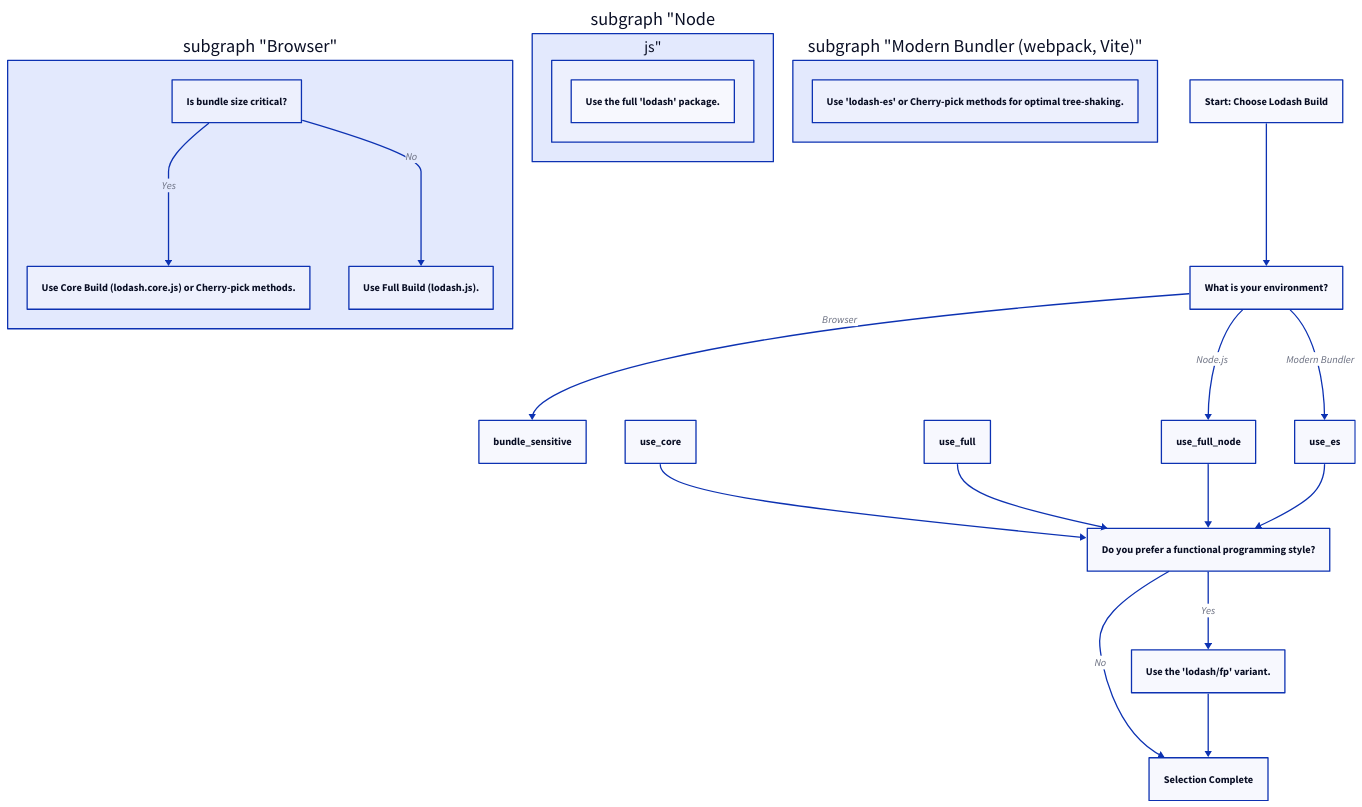
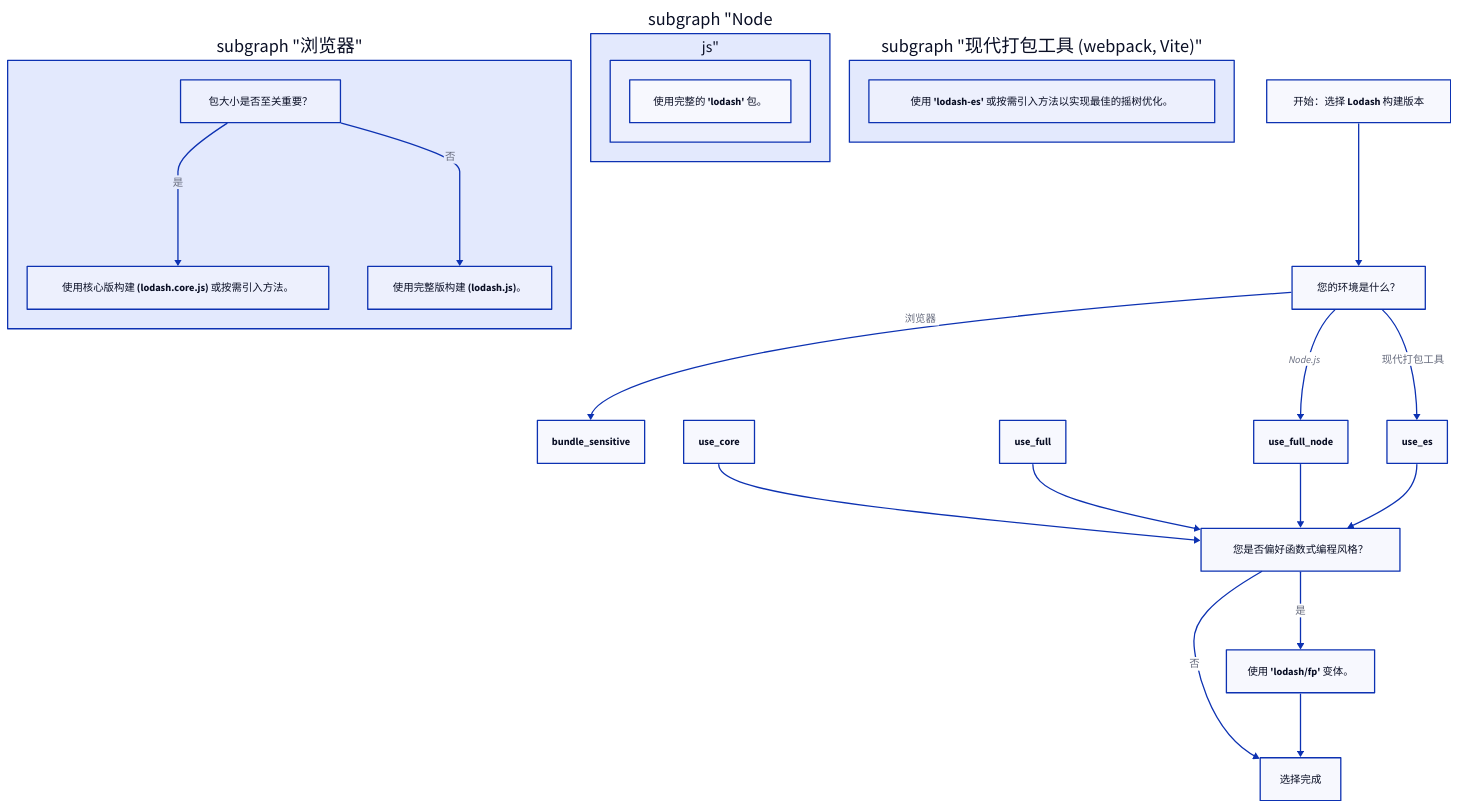
The diagram in .aigne/doc-smith/docs/guides-build-differences.zh.md (lban2049/lodash), drawn with D2 before and after one commit. The commit also changed other lines of this file and 2 other files, not shown here.

````diff
--- a/.aigne/doc-smith/docs/guides-build-differences.zh.md
+++ b/.aigne/doc-smith/docs/guides-build-differences.zh.md
@@ -72,48 +72,48 @@
 ```d2
 direction: down
 
-start: "Start: Choose Lodash Build"
+start: "开始：选择 Lodash 构建版本"
 
-env_check: "What is your environment?"
+env_check: "您的环境是什么？"
 
 start -> env_check
 
-subgraph "Browser" {
+subgraph "浏览器" {
   direction: down
-  bundle_sensitive: "Is bundle size critical?"
-  use_core: "Use Core Build (lodash.core.js) or Cherry-pick methods."
-  use_full: "Use Full Build (lodash.js)."
+  bundle_sensitive: "包大小是否至关重要？"
+  use_core: "使用核心版构建 (lodash.core.js) 或按需引入方法。"
+  use_full: "使用完整版构建 (lodash.js)。"
 
-  bundle_sensitive -> use_core: "Yes"
-  bundle_sensitive -> use_full: "No"
+  bundle_sensitive -> use_core: "是"
+  bundle_sensitive -> use_full: "否"
 }
 
 subgraph "Node.js" {
   direction: down
-  use_full_node: "Use the full 'lodash' package."
+  use_full_node: "使用完整的 'lodash' 包。"
 }
 
-subgraph "Modern Bundler (webpack, Vite)" {
+subgraph "现代打包工具 (webpack, Vite)" {
   direction: down
-  use_es: "Use 'lodash-es' or Cherry-pick methods for optimal tree-shaking."
+  use_es: "使用 'lodash-es' 或按需引入方法以实现最佳的摇树优化。"
 }
 
-env_check -> bundle_sensitive: "Browser"
+env_check -> bundle_sensitive: "浏览器"
 env_check -> use_full_node: "Node.js"
-env_check -> use_es: "Modern Bundler"
+env_check -> use_es: "现代打包工具"
 
-fp_check: "Do you prefer a functional programming style?"
+fp_check: "您是否偏好函数式编程风格？"
 
 use_core --> fp_check
 use_full --> fp_check
 use_full_node --> fp_check
 use_es --> fp_check
 
-end: "Selection Complete"
+end: "选择完成"
 
-use_fp: "Use the 'lodash/fp' variant."
+use_fp: "使用 'lodash/fp' 变体。"
 
-fp_check -> use_fp: "Yes"
-fp_check -> end: "No"
+fp_check -> use_fp: "是"
+fp_check -> end: "否"
 use_fp -> end
 ```
````
